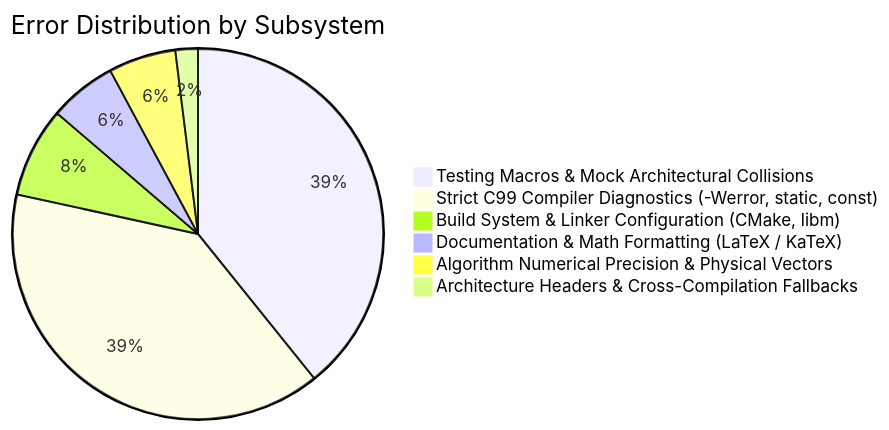
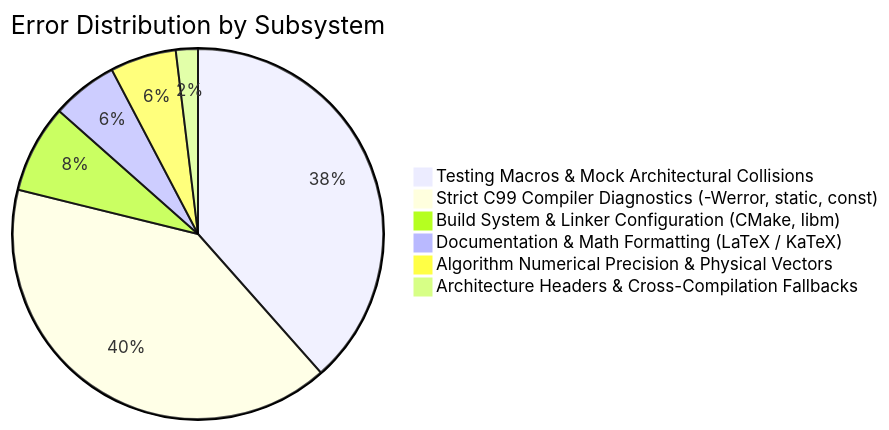
One commit to Thejus26/rain-predict changed the diagram in context/errors/README.md. Above: the diagram before and after it, drawn with Mermaid. The commit also changed other lines of this file and 2 other files, not shown here.

Commit message:
fix(test): resolve ERR-052 missing static qualifiers in test_simulation_validation

````diff
--- a/context/errors/README.md
+++ b/context/errors/README.md
@@ -67,9 +68,9 @@
 ```mermaid
 pie title Error Distribution by Subsystem
     "Testing Macros & Mock Architectural Collisions" : 20
-    "Strict C99 Compiler Diagnostics (-Werror, static, const)" : 20
+    "Strict C99 Compiler Diagnostics (-Werror, static, const)" : 21
     "Build System & Linker Configuration (CMake, libm)" : 4
     "Documentation & Math Formatting (LaTeX / KaTeX)" : 3
     "Algorithm Numerical Precision & Physical Vectors" : 3
     "Architecture Headers & Cross-Compilation Fallbacks" : 1
 ```
````
